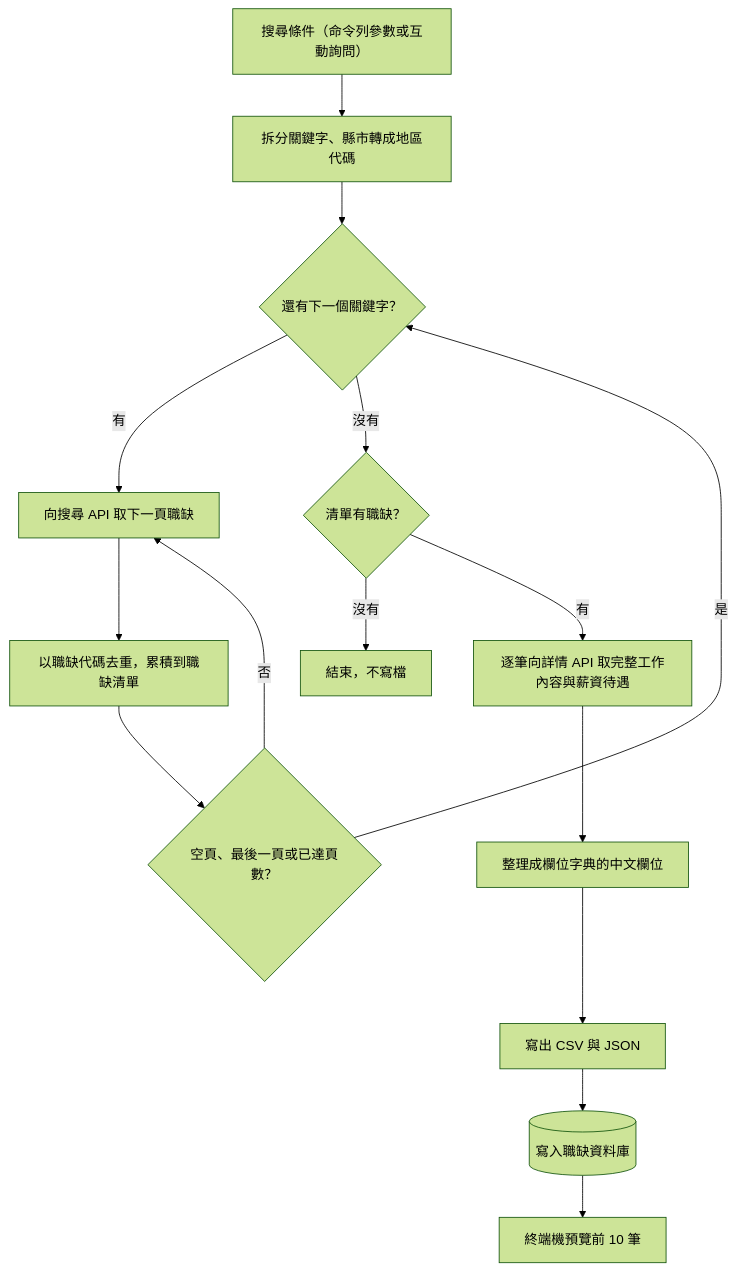
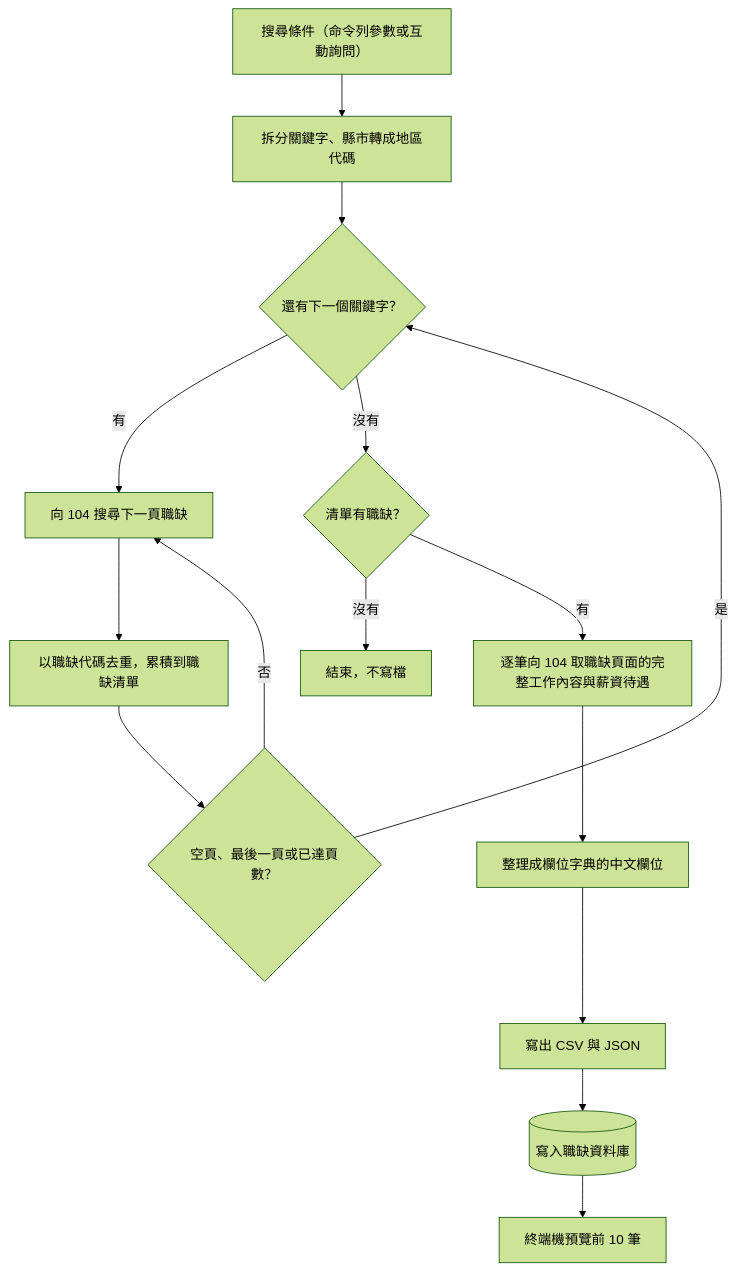
Before and after one commit to dlhdb/job-matching: the diagram in docs/features/104-job-scraper.md, drawn with Mermaid (forest theme). The commit also changed other lines of this file and 10 other files, not shown here.

````diff
--- a/docs/features/104-job-scraper.md
+++ b/docs/features/104-job-scraper.md
@@ -69,17 +69,17 @@
 ```mermaid
 flowchart TD
     I["搜尋條件（命令列參數或互動詢問）"] --> P[拆分關鍵字、縣市轉成地區代碼]
     P --> K{還有下一個關鍵字？}
-    K -->|有| S[向搜尋 API 取下一頁職缺]
+    K -->|有| S[向 104 搜尋下一頁職缺]
     S --> D[以職缺代碼去重，累積到職缺清單]
     D --> L{"空頁、最後一頁或已達頁數？"}
     L -->|否| S
     L -->|是| K
     K -->|沒有| E{清單有職缺？}
     E -->|沒有| X[結束，不寫檔]
-    E -->|有| T[逐筆向詳情 API 取完整工作內容與薪資待遇]
+    E -->|有| T[逐筆向 104 取職缺頁面的完整工作內容與薪資待遇]
     T --> F[整理成欄位字典的中文欄位]
     F --> O["寫出 CSV 與 JSON"]
     O --> DB[("寫入職缺資料庫")]
     DB --> V[終端機預覽前 10 筆]
 ```
````
